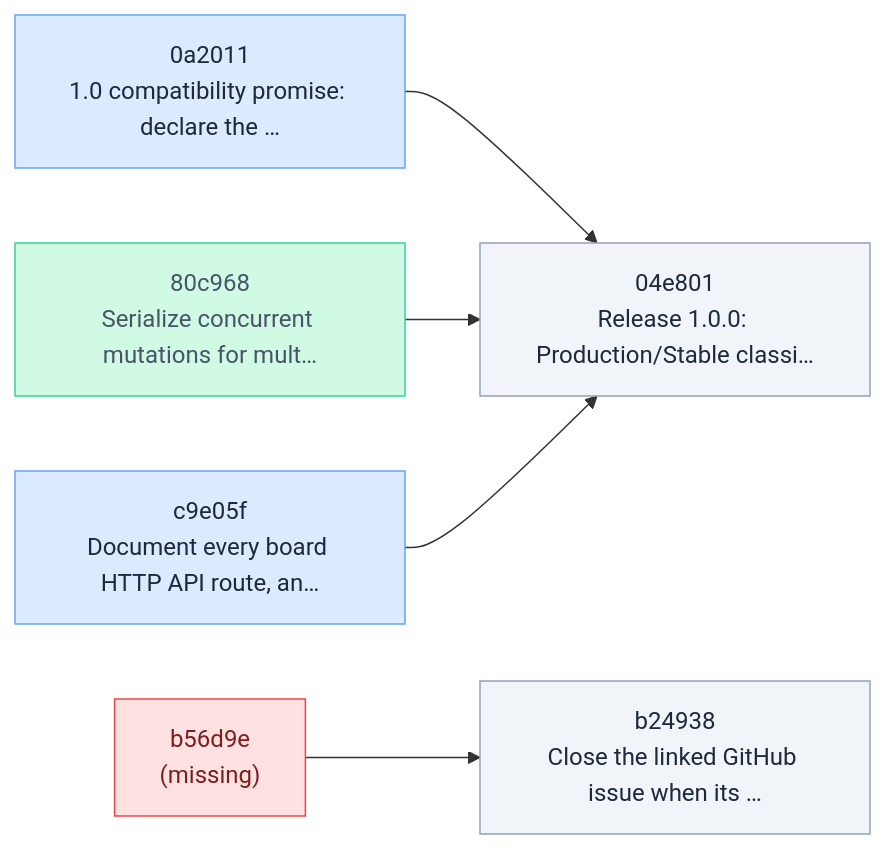
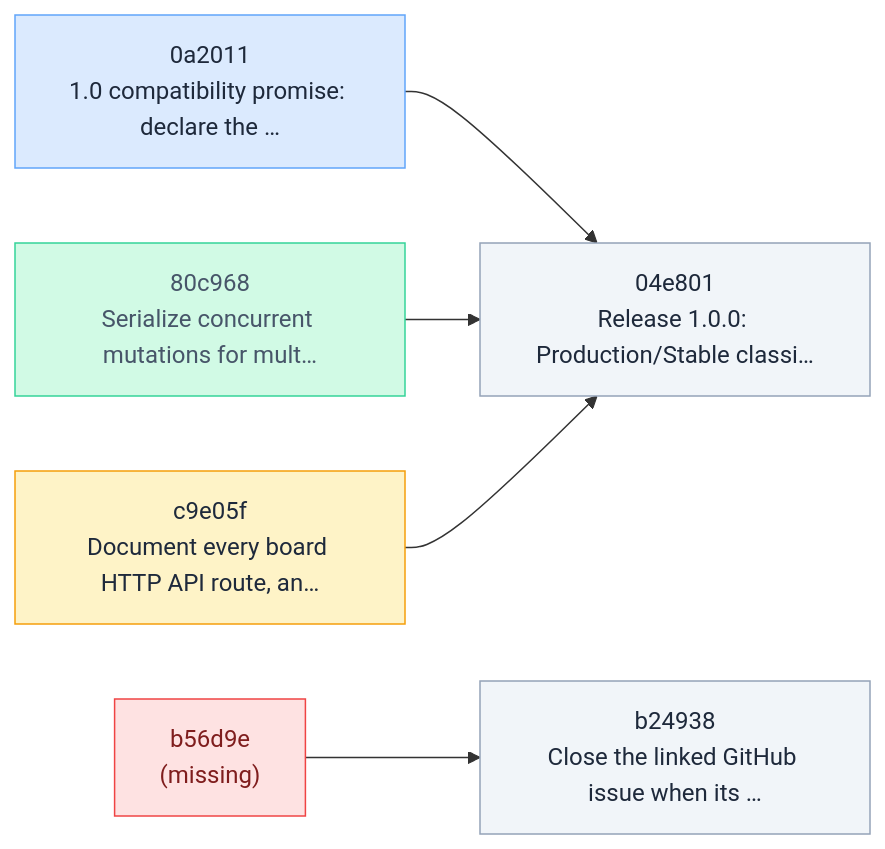
The diagram in .skald/README.md (Vitund-AI/skald), drawn with Mermaid before and after one commit. The commit also changed other lines of this file and 7 other files, not shown here.

````diff
--- a/.skald/README.md
+++ b/.skald/README.md
@@ -24,21 +24,23 @@
 ```mermaid
 flowchart LR
     n_04e801["04e801<br/>Release 1.0.0: Production/Stable classi…"]
     n_0a2011["0a2011<br/>1.0 compatibility promise: declare the …"]
     n_80c968["80c968<br/>Serialize concurrent mutations for mult…"]
     n_b24938["b24938<br/>Close the linked GitHub issue when its …"]
     n_b56d9e["b56d9e<br/>(missing)"]
     n_c9e05f["c9e05f<br/>Document every board HTTP API route, an…"]
     n_b56d9e --> n_b24938
     n_0a2011 --> n_04e801
     n_80c968 --> n_04e801
     n_c9e05f --> n_04e801
     classDef backlog fill:#f1f5f9,stroke:#94a3b8,color:#1e293b
     classDef ready fill:#dbeafe,stroke:#60a5fa,color:#1e293b
+    classDef active fill:#fef3c7,stroke:#f59e0b,color:#1e293b
     classDef done fill:#d1fae5,stroke:#34d399,color:#475569
     classDef unknown fill:#fee2e2,stroke:#ef4444,color:#7f1d1d
-    class n_0a2011,n_c9e05f ready
+    class n_0a2011 ready
+    class n_b56d9e unknown
     class n_04e801,n_b24938 backlog
     class n_80c968 done
-    class n_b56d9e unknown
+    class n_c9e05f active
 ```
````
